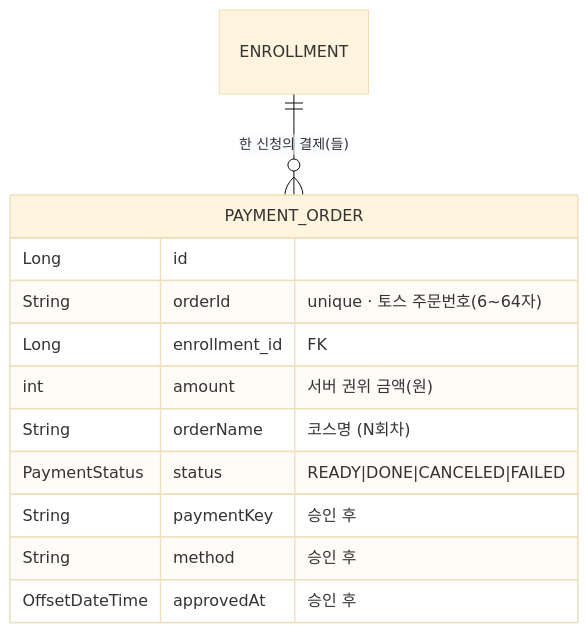
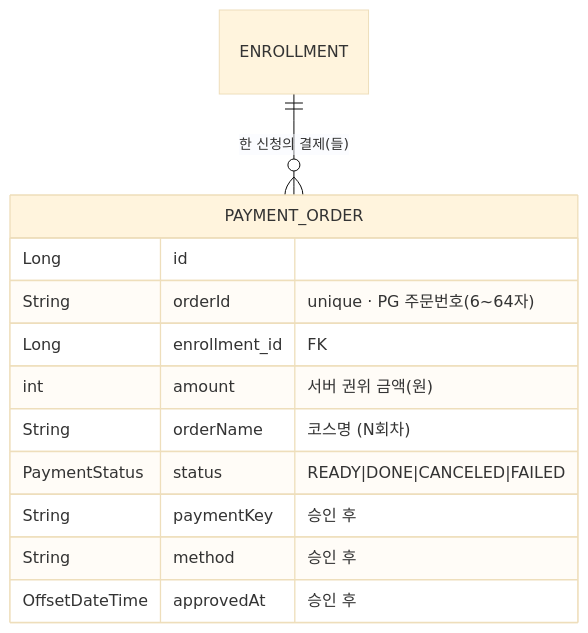
One commit to pungdong/Pungdong-Backend changed the third of 3 diagrams in docs/architecture/payment.md. Above: the diagram before and after it, drawn with Mermaid (base theme). The commit also changed other lines of this file and 3 other files, not shown here.

First line of the commit message:
Docs: 결제 PG 중립화 + KCP 표준결제 반영 (types.ts · feature · architecture)

````diff
--- a/docs/architecture/payment.md
+++ b/docs/architecture/payment.md
@@ -61,15 +66,15 @@
 ```mermaid
 erDiagram
     ENROLLMENT ||--o{ PAYMENT_ORDER : "한 신청의 결제(들)"
     PAYMENT_ORDER {
         Long id
-        String orderId "unique · 토스 주문번호(6~64자)"
+        String orderId "unique · PG 주문번호(6~64자)"
         Long enrollment_id "FK"
         int amount "서버 권위 금액(원)"
         String orderName "코스명 (N회차)"
         PaymentStatus status "READY|DONE|CANCELED|FAILED"
         String paymentKey "승인 후"
         String method "승인 후"
         OffsetDateTime approvedAt "승인 후"
     }
 ```
````
